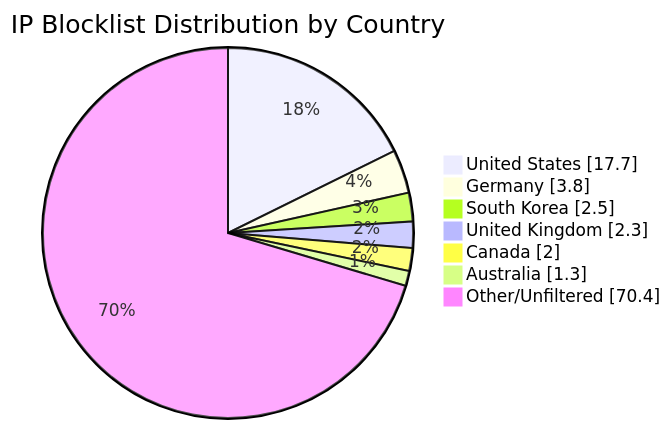
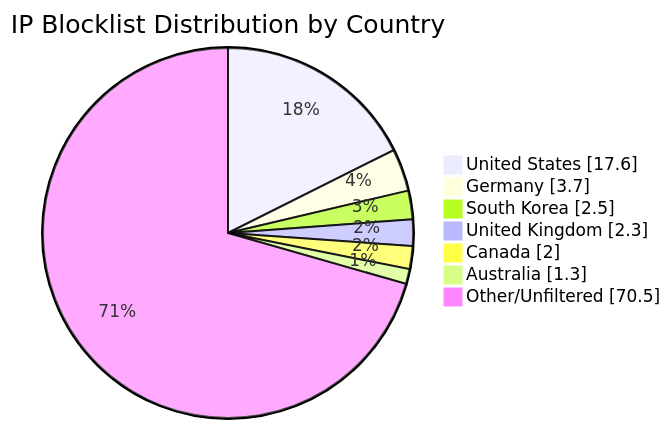
Before and after one commit to MarcusHoltz/ipblocklist-geofiltered-aggregator: the diagram in README.md, drawn with Mermaid. The commit also changed other lines of this file and 9 other files, not shown here.

````diff
--- a/README.md
+++ b/README.md
@@ -34,10 +34,10 @@
 ```mermaid
 pie showData title IP Blocklist Distribution by Country
-"United States" : 17.7
-"Germany" : 3.8
+"United States" : 17.6
+"Germany" : 3.7
 "South Korea" : 2.5
 "United Kingdom" : 2.3
 "Canada" : 2.0
 "Australia" : 1.3
-"Other/Unfiltered" : 70.4
+"Other/Unfiltered" : 70.5
 ```
````
